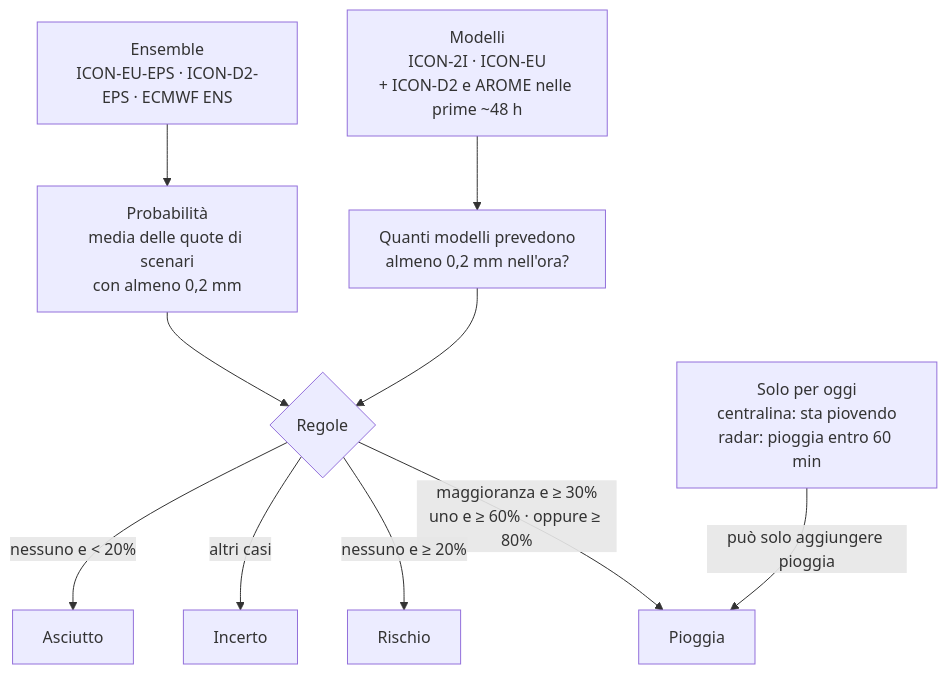
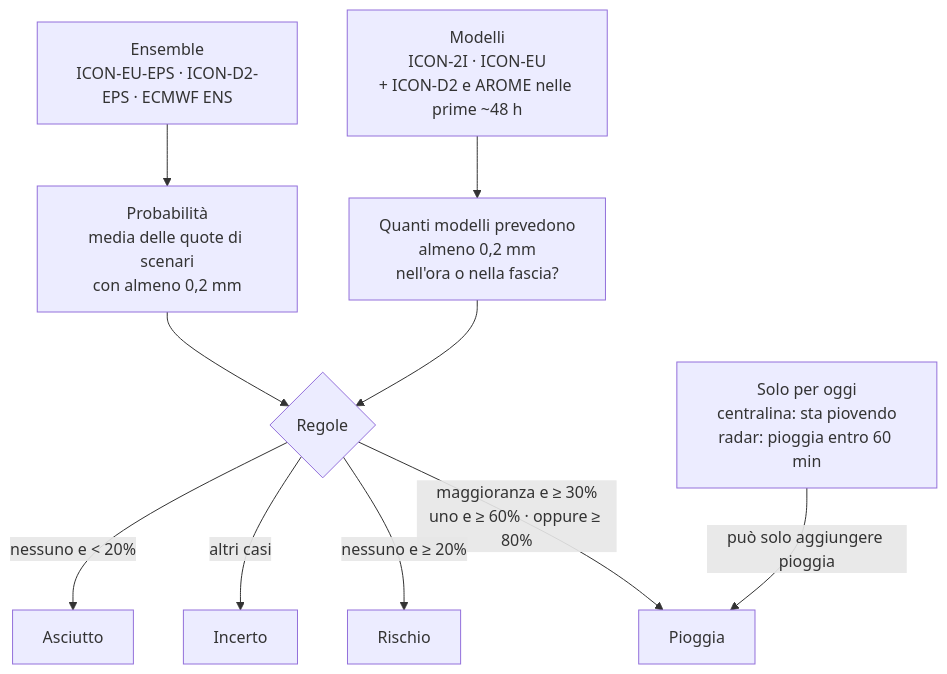
Before and after one commit to amelandri/meteofaenza: the diagram in docs/diagrams/verdetto.mmd, drawn with Mermaid. The commit also changed 6 other files, not shown here.

```diff
--- a/docs/diagrams/verdetto.mmd
+++ b/docs/diagrams/verdetto.mmd
@@ -1,10 +1,10 @@
 flowchart TB
-  M["Modelli<br/>ICON-2I · ICON-EU<br/>+ ICON-D2 e AROME nelle prime ~48 h"] --> MV["Quanti modelli prevedono<br/>almeno 0,2 mm nell'ora?"]
+  M["Modelli<br/>ICON-2I · ICON-EU<br/>+ ICON-D2 e AROME nelle prime ~48 h"] --> MV["Quanti modelli prevedono<br/>almeno 0,2 mm<br/>nell'ora o nella fascia?"]
   E["Ensemble<br/>ICON-EU-EPS · ICON-D2-EPS · ECMWF ENS"] --> P["Probabilità<br/>media delle quote di scenari<br/>con almeno 0,2 mm"]
   MV --> R{"Regole"}
   P --> R
   R -->|"maggioranza e ≥ 30%<br/>uno e ≥ 60% · oppure ≥ 80%"| W["Pioggia"]
   R -->|"nessuno e ≥ 20%"| K["Rischio"]
   R -->|"altri casi"| I["Incerto"]
   R -->|"nessuno e < 20%"| D["Asciutto"]
   O["Solo per oggi<br/>centralina: sta piovendo<br/>radar: pioggia entro 60 min"] -->|"può solo aggiungere pioggia"| W
```
